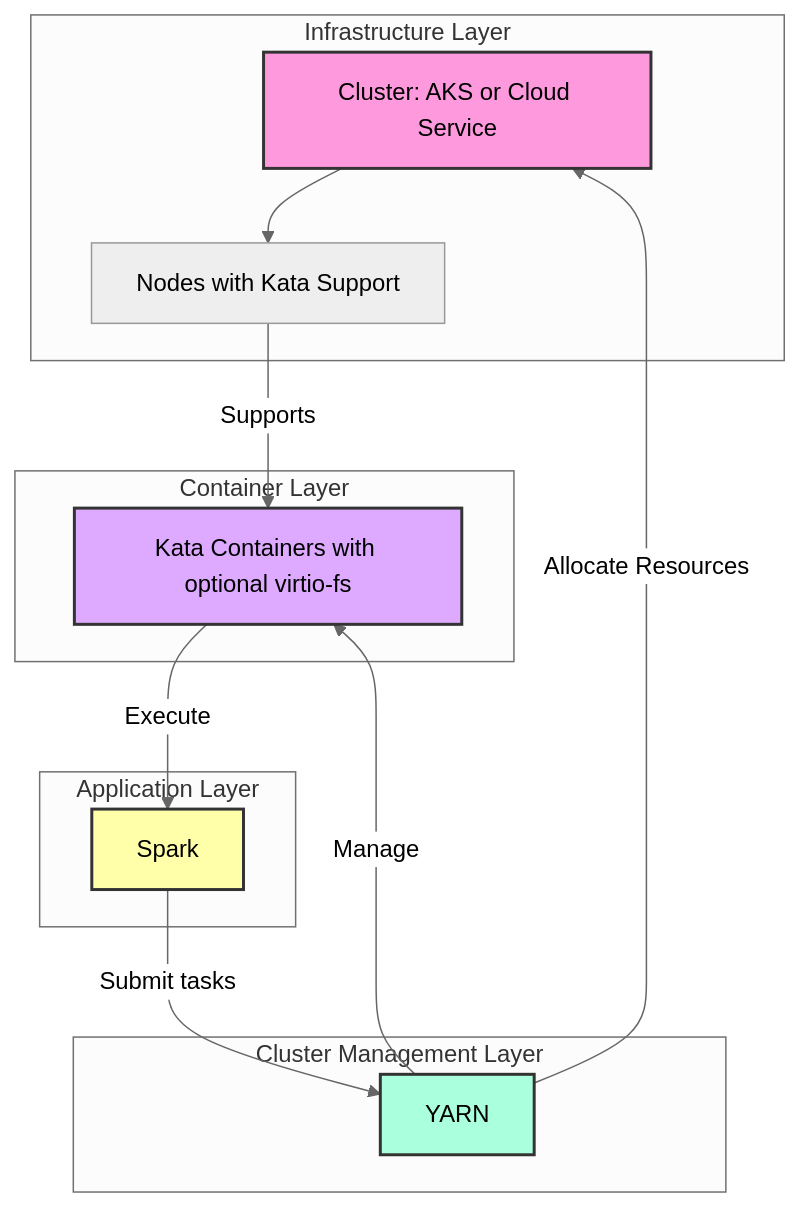
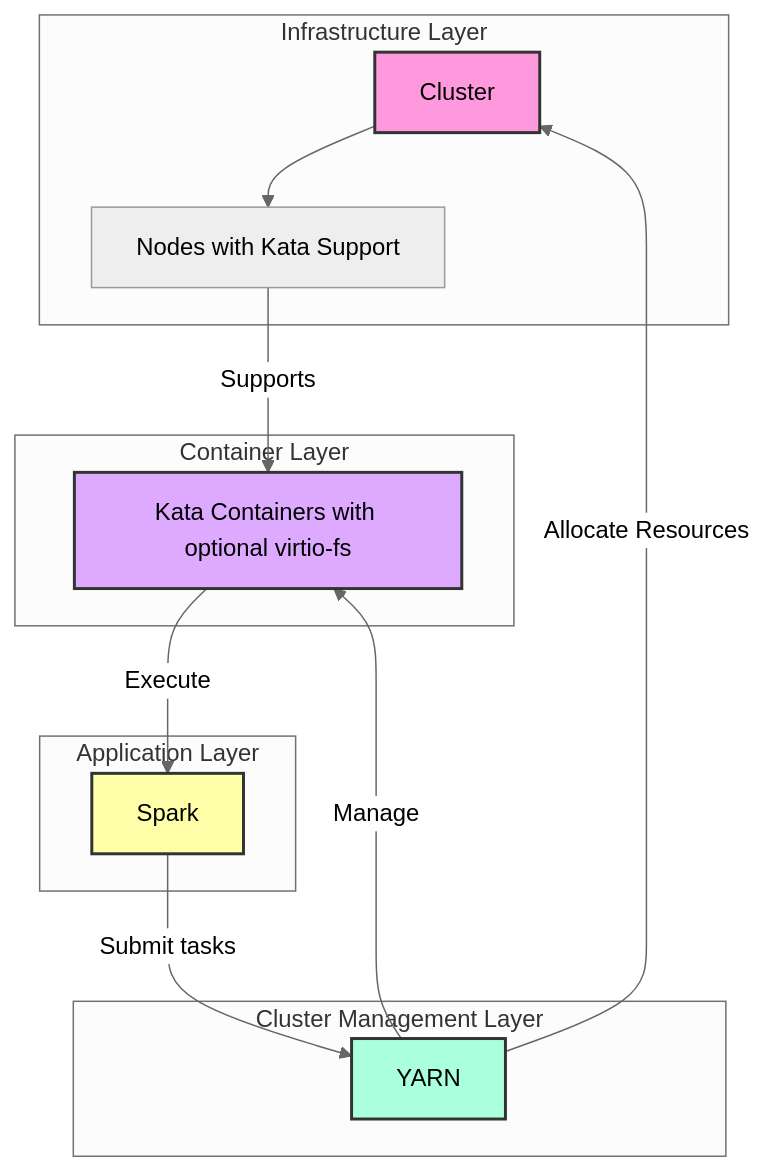
One commit to EC528-Fall-2023/Kata-Containers-for-SPARK changed the diagram in README.md. Above: the diagram before and after it, drawn with Mermaid (neutral theme). The commit also changed other lines of this file and 2 other files, not shown here.

````diff
--- a/README.md
+++ b/README.md
@@ -172,30 +176,30 @@
  ```mermaid
  graph TD
      subgraph Infrastructure Layer
-       A[Cluster: AKS or Cloud Service] --> B[Nodes with Kata Support]
+       A[Cluster] --> B[Nodes with Kata Support]
      end
  
      subgraph Cluster Management Layer
        Y[YARN]
      end
  
      subgraph Container Layer
        K[Kata Containers with optional virtio-fs]
      end
  
      subgraph Application Layer
        S[Spark]
      end
  
      B -->|Supports| K
      S -->|Submit tasks| Y
      Y -->|Allocate Resources| A
      Y -->|Manage| K
      K -->|Execute| S
  
      style A fill:#f9d,stroke:#333,stroke-width:2px
      style Y fill:#afd,stroke:#333,stroke-width:2px
      style K fill:#daf,stroke:#333,stroke-width:2px
      style S fill:#ffa,stroke:#333,stroke-width:2px
  
  ```
````
